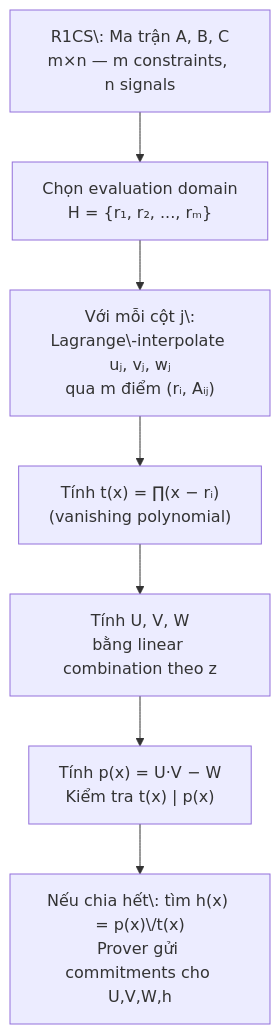
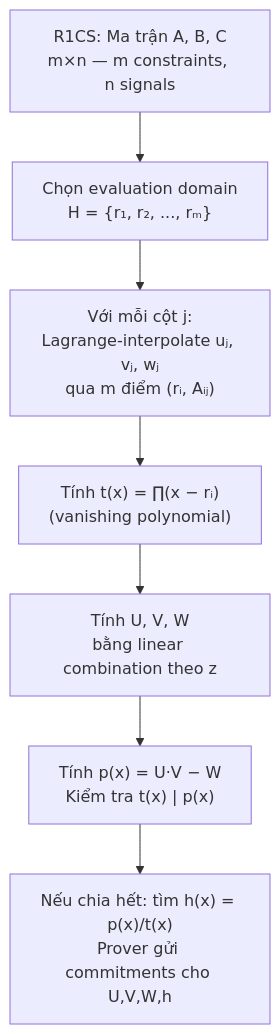
The first of 2 diagrams in content/zkverify-series/arithmetic-circuits/09-qap.md (nhatminh65537/kitsu-quartz), drawn with Mermaid before and after one commit. The commit also changed 127 other files, not shown here.

````diff
--- a/content/zkverify-series/arithmetic-circuits/09-qap.md
+++ b/content/zkverify-series/arithmetic-circuits/09-qap.md
@@ -72,9 +72,9 @@
 ```mermaid
 flowchart TD
-    A["R1CS\: Ma trận A, B, C<br>m×n — m constraints, n signals"] --> B["Chọn evaluation domain<br>H = {r₁, r₂, ..., rₘ}"]
-    B --> C["Với mỗi cột j\:<br>Lagrange\-interpolate uⱼ, vⱼ, wⱼ<br>qua m điểm (rᵢ, Aᵢⱼ)"]
+    A["R1CS: Ma trận A, B, C<br>m×n — m constraints, n signals"] --> B["Chọn evaluation domain<br>H = {r₁, r₂, ..., rₘ}"]
+    B --> C["Với mỗi cột j:<br>Lagrange-interpolate uⱼ, vⱼ, wⱼ<br>qua m điểm (rᵢ, Aᵢⱼ)"]
     C --> D["Tính t(x) = ∏(x − rᵢ)<br>(vanishing polynomial)"]
     D --> E["Tính U, V, W<br>bằng linear combination theo z"]
     E --> F["Tính p(x) = U·V − W<br>Kiểm tra t(x) | p(x)"]
-    F --> G["Nếu chia hết\: tìm h(x) = p(x)\/t(x)<br>Prover gửi commitments cho U,V,W,h"]
+    F --> G["Nếu chia hết: tìm h(x) = p(x)/t(x)<br>Prover gửi commitments cho U,V,W,h"]
 ```
````
